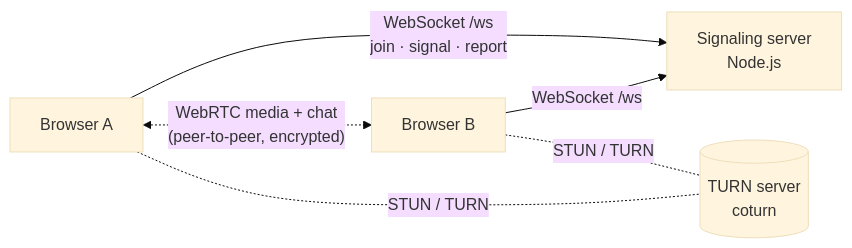
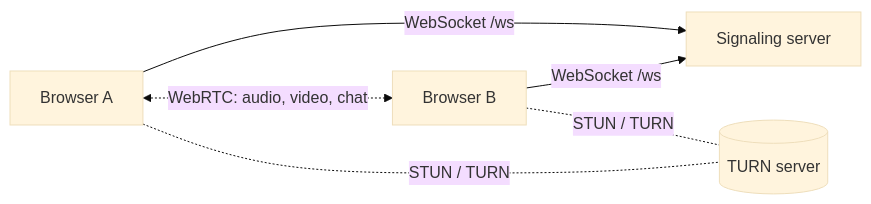
The diagram in README.md (GovardhaneNitin/meet-strangers), drawn with Mermaid (base theme) before and after one commit. The commit also changed other lines of this file, not shown here.

````diff
--- a/README.md
+++ b/README.md
@@ -16,8 +36,8 @@
 ```mermaid
 flowchart LR
-  A[Browser A] -- "WebSocket /ws<br/>join · signal · report" --> S[Signaling server<br/>Node.js]
+  A[Browser A] -- "WebSocket /ws" --> S[Signaling server]
   B[Browser B] -- "WebSocket /ws" --> S
-  A <-. "WebRTC media + chat<br/>(peer-to-peer, encrypted)" .-> B
-  A -. "STUN / TURN" .- T[(TURN server<br/>coturn)]
+  A <-. "WebRTC: audio, video, chat" .-> B
+  A -. "STUN / TURN" .- T[(TURN server)]
   B -. "STUN / TURN" .- T
 ```
````
